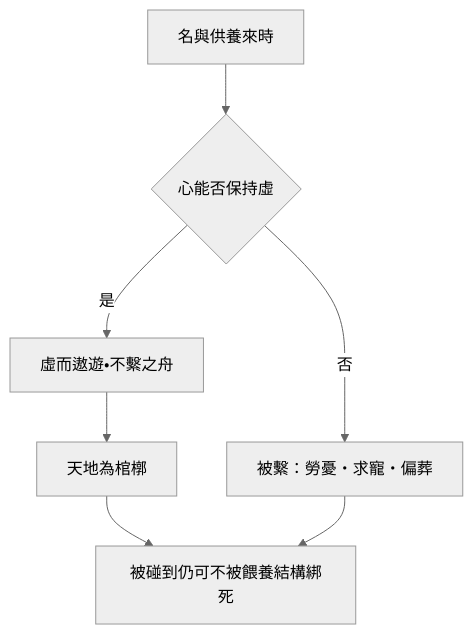
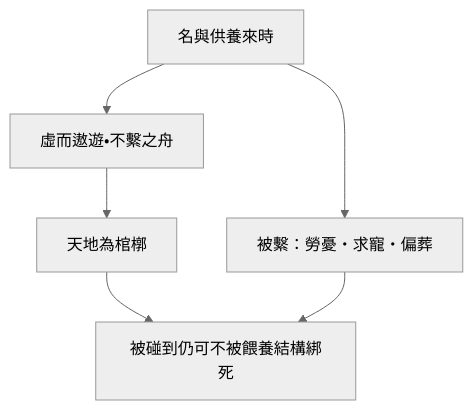
The second of 2 diagrams in content/chapters/03-雜篇/32-列御寇.md (show0621/zhuangzi-atlas), drawn with Mermaid (neutral theme) before and after one commit. The commit also changed 7 other files, not shown here.

First line of the commit message:
fix(print): 心智圖撐滿版心寬，避免直向圖被壓成細條

````diff
--- a/content/chapters/03-雜篇/32-列御寇.md
+++ b/content/chapters/03-雜篇/32-列御寇.md
@@ -277,9 +277,8 @@
 ```mermaid
 flowchart TB
-  Q[名與供養來時] --> V{心能否保持虛}
-  V -->|否| B[被繫：勞憂・求寵・偏葬]
-  V -->|是| X[虛而遨遊・不繫之舟]
-  X --> D[天地為棺槨]
-  D --> R[被碰到仍可不被餵養結構綁死]
+  Q["名與供養來時"] --> X["虛而遨遊・不繫之舟"]
+  Q --> B["被繫：勞憂・求寵・偏葬"]
+  X --> D["天地為棺槨"]
+  D --> R["被碰到仍可不被餵養結構綁死"]
   B --> R
 ```
````
